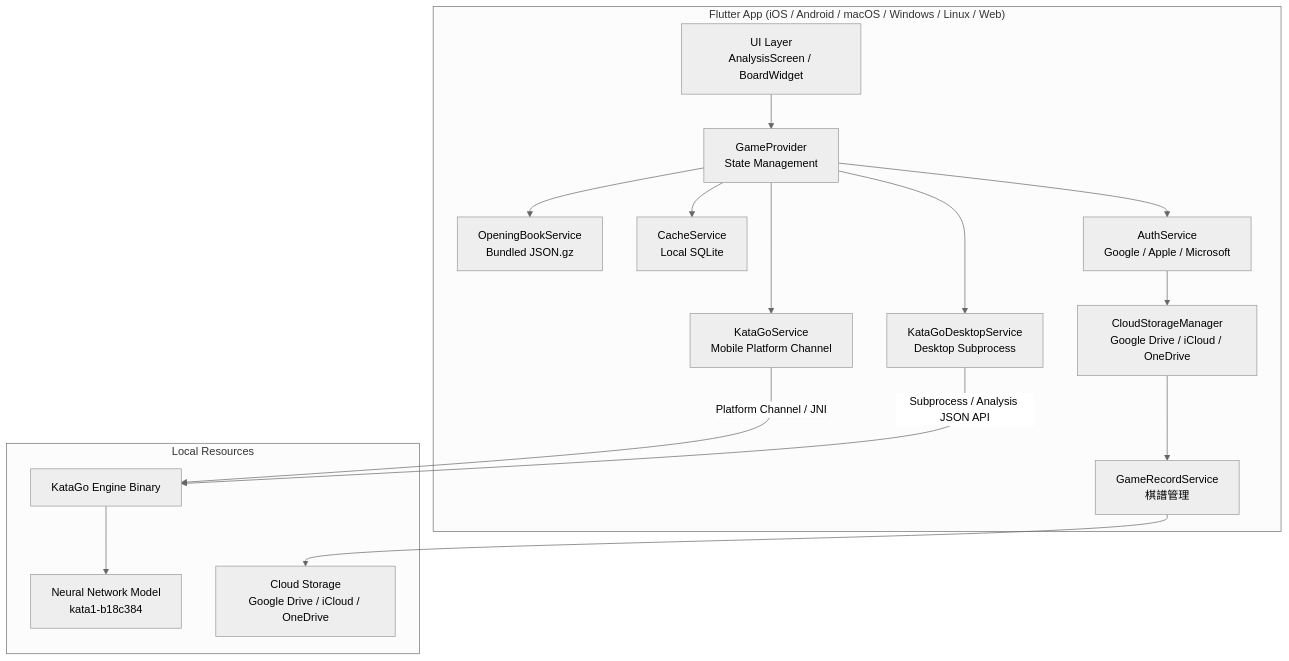
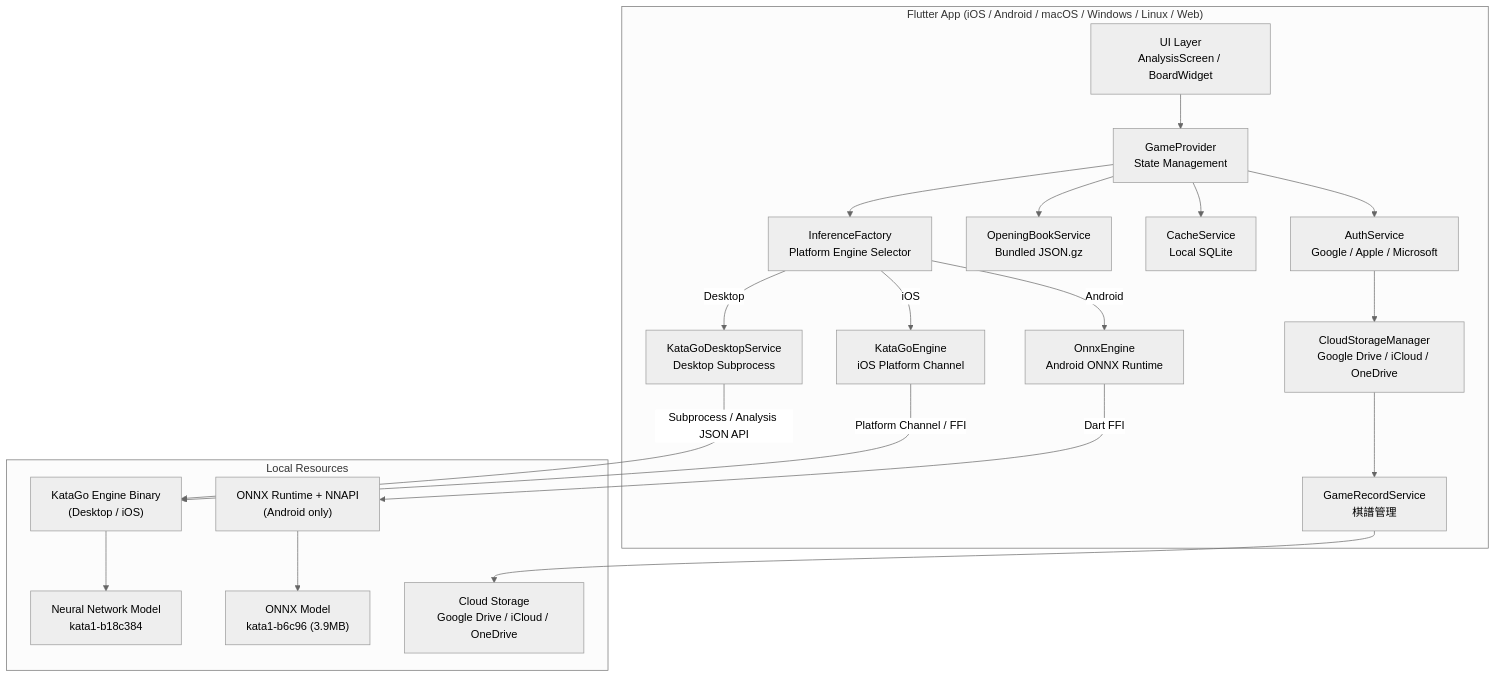
The first of 3 diagrams in docs/spec/ARCHITECTURE.md (justmaker/go-strategy-app), drawn with Mermaid (neutral theme) before and after one commit. The commit also changed other lines of this file and 15 other files, not shown here.

First line of the commit message:
docs: consolidate Android ONNX architecture into ARCHITECTURE.md, remove intermediate files

````diff
--- a/docs/spec/ARCHITECTURE.md
+++ b/docs/spec/ARCHITECTURE.md
@@ -16,34 +16,42 @@
 ```mermaid
 graph TB
     subgraph "Flutter App (iOS / Android / macOS / Windows / Linux / Web)"
         UI[UI Layer<br/>AnalysisScreen / BoardWidget]
         GP[GameProvider<br/>State Management]
+        IF[InferenceFactory<br/>Platform Engine Selector]
         OBS[OpeningBookService<br/>Bundled JSON.gz]
         CS[CacheService<br/>Local SQLite]
-        KGM[KataGoService<br/>Mobile Platform Channel]
         KGD[KataGoDesktopService<br/>Desktop Subprocess]
+        KGE[KataGoEngine<br/>iOS Platform Channel]
+        ONNX[OnnxEngine<br/>Android ONNX Runtime]
         AUTH[AuthService<br/>Google / Apple / Microsoft]
         CLOUD[CloudStorageManager<br/>Google Drive / iCloud / OneDrive]
         GRS[GameRecordService<br/>棋譜管理]
     end
 
     subgraph "Local Resources"
-        KATAGO_BIN["KataGo Engine Binary"]
+        KATAGO_BIN["KataGo Engine Binary<br/>(Desktop / iOS)"]
         KATAGO_MODEL["Neural Network Model<br/>kata1-b18c384"]
+        ONNX_MODEL["ONNX Model<br/>kata1-b6c96 (3.9MB)"]
+        ONNX_LIB["ONNX Runtime + NNAPI<br/>(Android only)"]
         CLOUD_STORAGE["Cloud Storage<br/>Google Drive / iCloud / OneDrive"]
     end
 
     UI --> GP
     GP --> OBS
     GP --> CS
-    GP --> KGM
-    GP --> KGD
+    GP --> IF
+    IF -->|Desktop| KGD
+    IF -->|iOS| KGE
+    IF -->|Android| ONNX
     GP --> AUTH
     AUTH --> CLOUD
     CLOUD --> GRS
     GRS --> CLOUD_STORAGE
 
-    KGM -->|Platform Channel / JNI| KATAGO_BIN
     KGD -->|Subprocess / Analysis JSON API| KATAGO_BIN
+    KGE -->|Platform Channel / FFI| KATAGO_BIN
     KATAGO_BIN --> KATAGO_MODEL
+    ONNX -->|Dart FFI| ONNX_LIB
+    ONNX_LIB --> ONNX_MODEL
 ```
````
